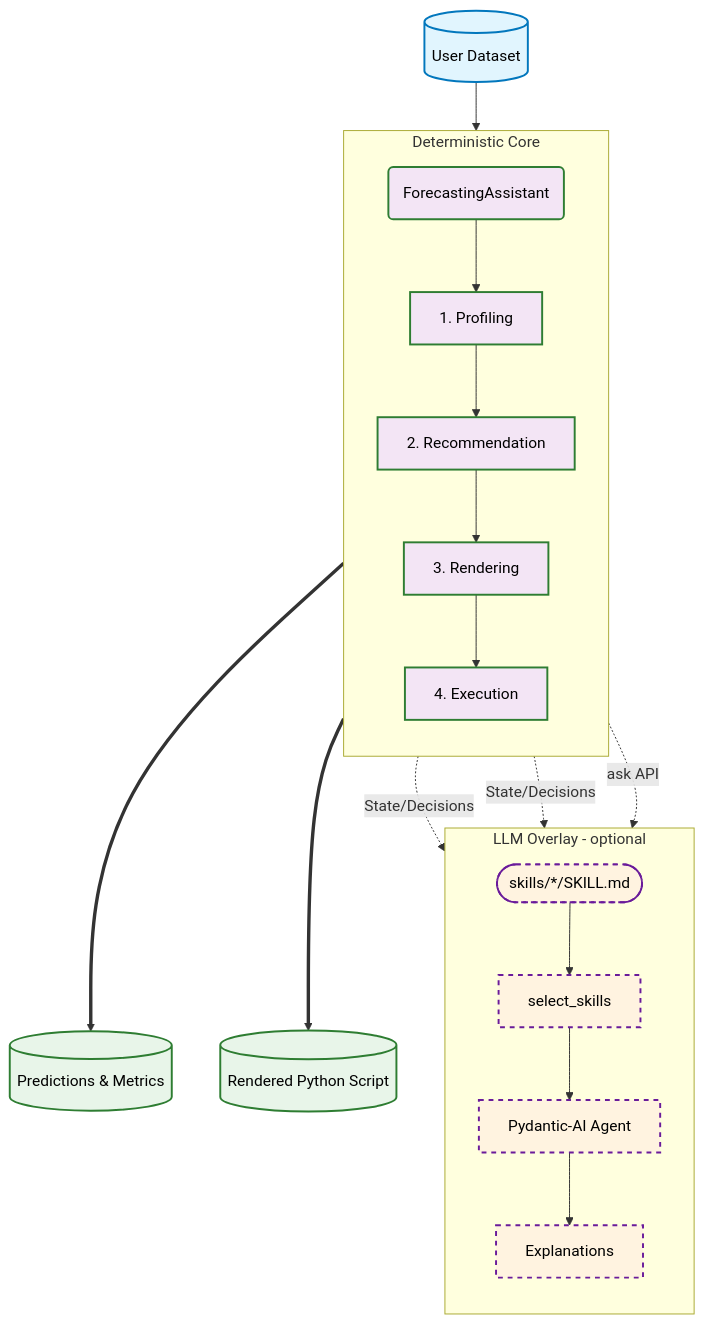
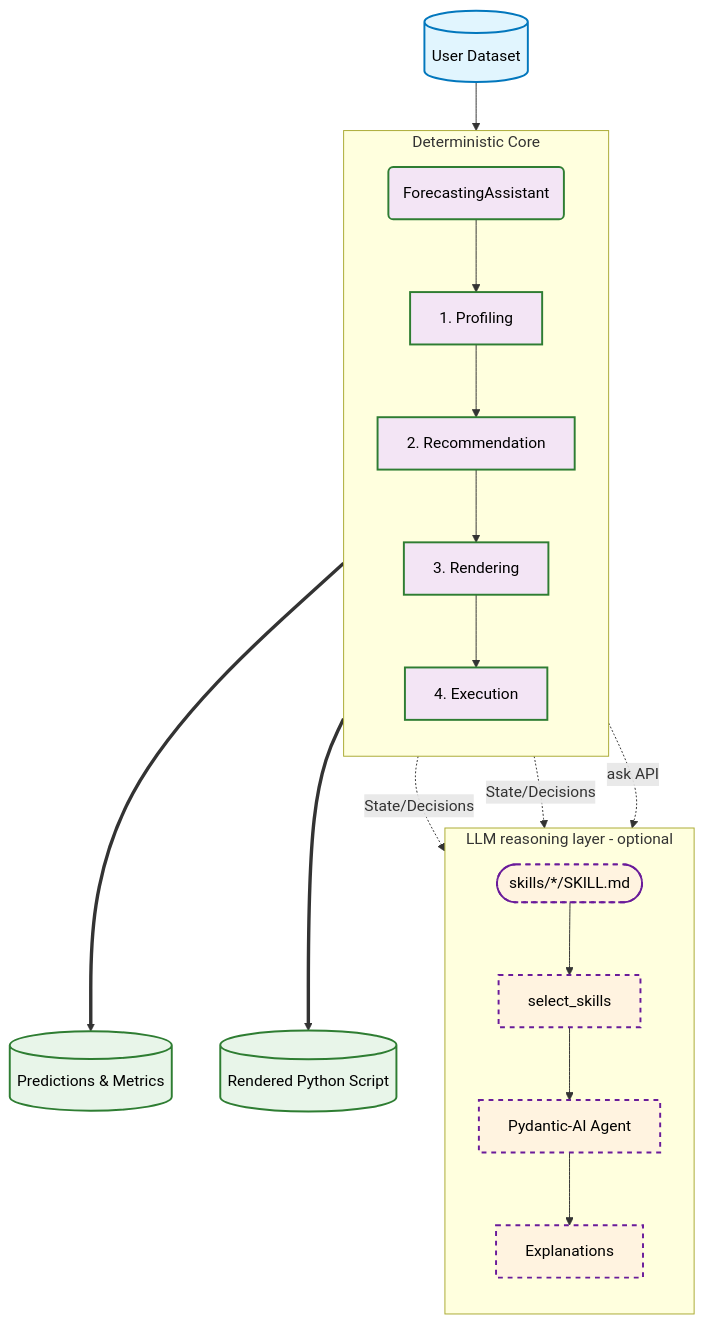
The first of 8 diagrams in docs/user_guides/architecture-and-logic_detailed.md (skforecast/skforecast-ai), drawn with Mermaid before and after one commit. The commit also changed other lines of this file and 61 other files, not shown here.

````diff
--- a/docs/user_guides/architecture-and-logic_detailed.md
+++ b/docs/user_guides/architecture-and-logic_detailed.md
@@ -13,36 +13,36 @@
 ```mermaid
 flowchart TD
     %% Styling
     classDef data fill:#e1f5fe,stroke:#0277bd,stroke-width:2px,color:#000
     classDef core fill:#f3e5f5,stroke:#2e7d32,stroke-width:2px,color:#000
     classDef llm fill:#fff3e0,stroke:#6a1b9a,stroke-width:2px,stroke-dasharray: 5 5,color:#000
     classDef output fill:#e8f5e9,stroke:#2e7d32,stroke-width:2px,color:#000
 
     A[(User Dataset)]:::data --> B(ForecastingAssistant):::core
 
     subgraph Deterministic_Core[Deterministic Core]
         direction TB
         B --> C[1. Profiling]:::core
         C --> D[2. Recommendation]:::core
         D --> E[3. Rendering]:::core
         E --> F[4. Execution]:::core
     end
 
-    subgraph LLM_Overlay[LLM Overlay - optional]
+    subgraph LLM_Overlay[LLM reasoning layer - optional]
         direction TB
         SK([skills/*/SKILL.md]):::llm
         SEL[select_skills]:::llm
         AG[Pydantic-AI Agent]:::llm
         EXP[Explanations]:::llm
     end
 
     %% Interactions
     C -. State/Decisions .-> AG
     D -. State/Decisions .-> AG
     SK --> SEL --> AG
     B -.->|ask API| AG
     AG --> EXP
 
     F ==> G[(Predictions & Metrics)]:::output
     F ==> H[(Rendered Python Script)]:::output
 ```
````
